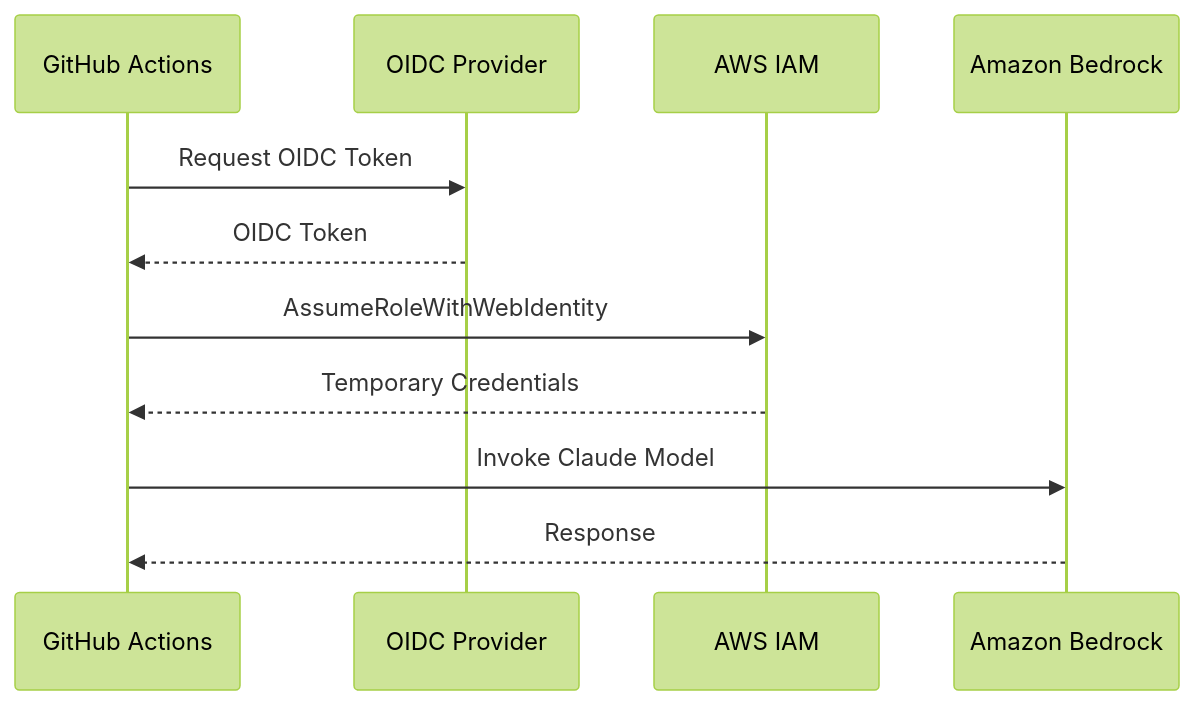
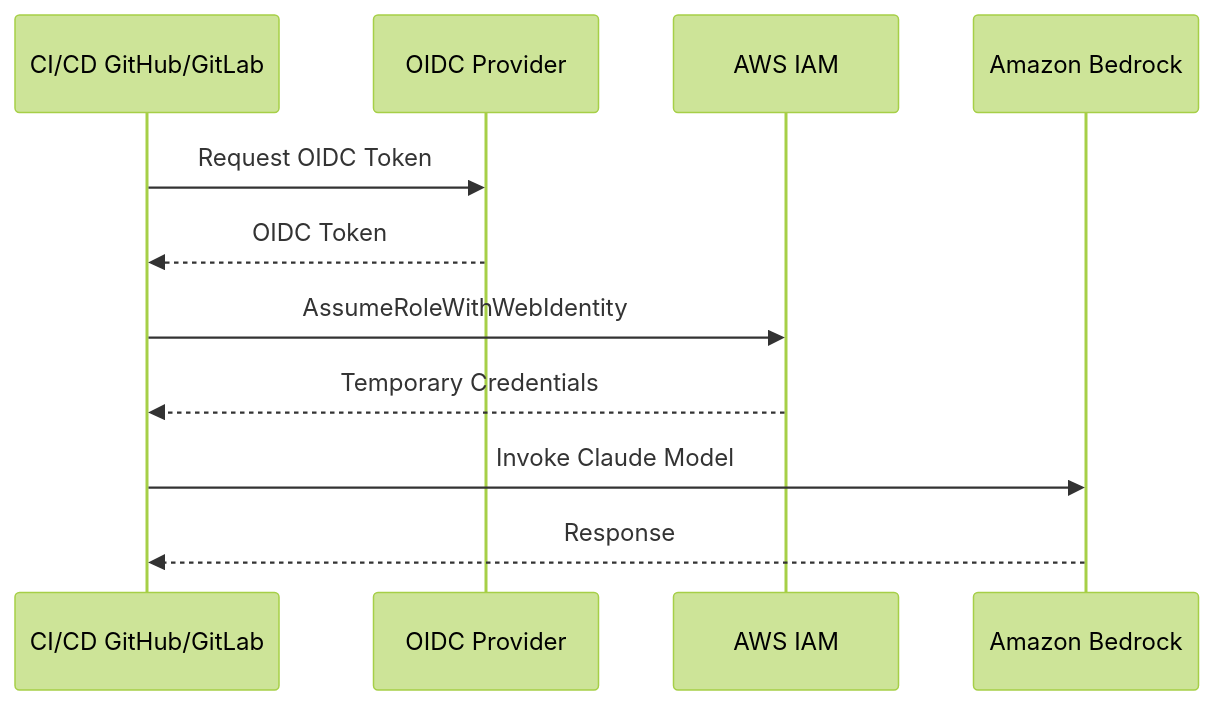
The diagram in docs/SETUP.md (takech9203/anthropic-news-summary), drawn with Mermaid (forest theme) before and after one commit. The commit also changed other lines of this file and 3 other files, not shown here.

````diff
--- a/docs/SETUP.md
+++ b/docs/SETUP.md
@@ -25,14 +29,14 @@
 ```mermaid
 sequenceDiagram
-    participant GHA as GitHub Actions
+    participant CI as CI/CD GitHub/GitLab
     participant IDP as OIDC Provider
     participant AWS as AWS IAM
     participant Bedrock as Amazon Bedrock
 
-    GHA->>IDP: Request OIDC Token
-    IDP-->>GHA: OIDC Token
-    GHA->>AWS: AssumeRoleWithWebIdentity
-    AWS-->>GHA: Temporary Credentials
-    GHA->>Bedrock: Invoke Claude Model
-    Bedrock-->>GHA: Response
+    CI->>IDP: Request OIDC Token
+    IDP-->>CI: OIDC Token
+    CI->>AWS: AssumeRoleWithWebIdentity
+    AWS-->>CI: Temporary Credentials
+    CI->>Bedrock: Invoke Claude Model
+    Bedrock-->>CI: Response
 ```
````
